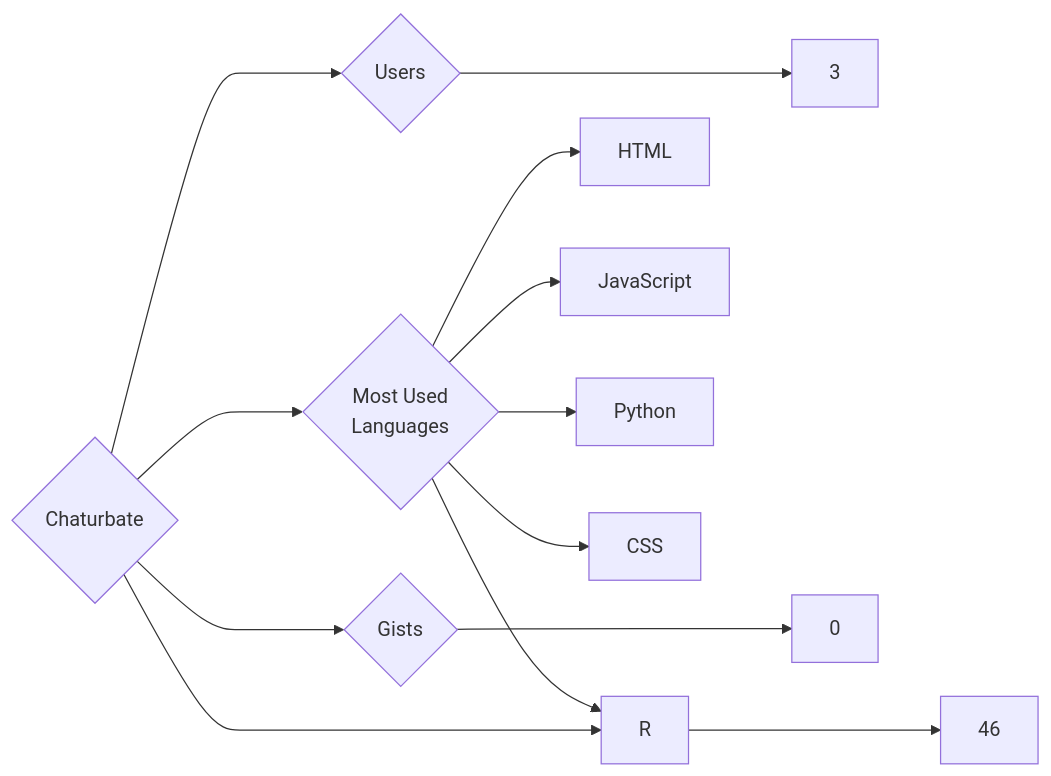
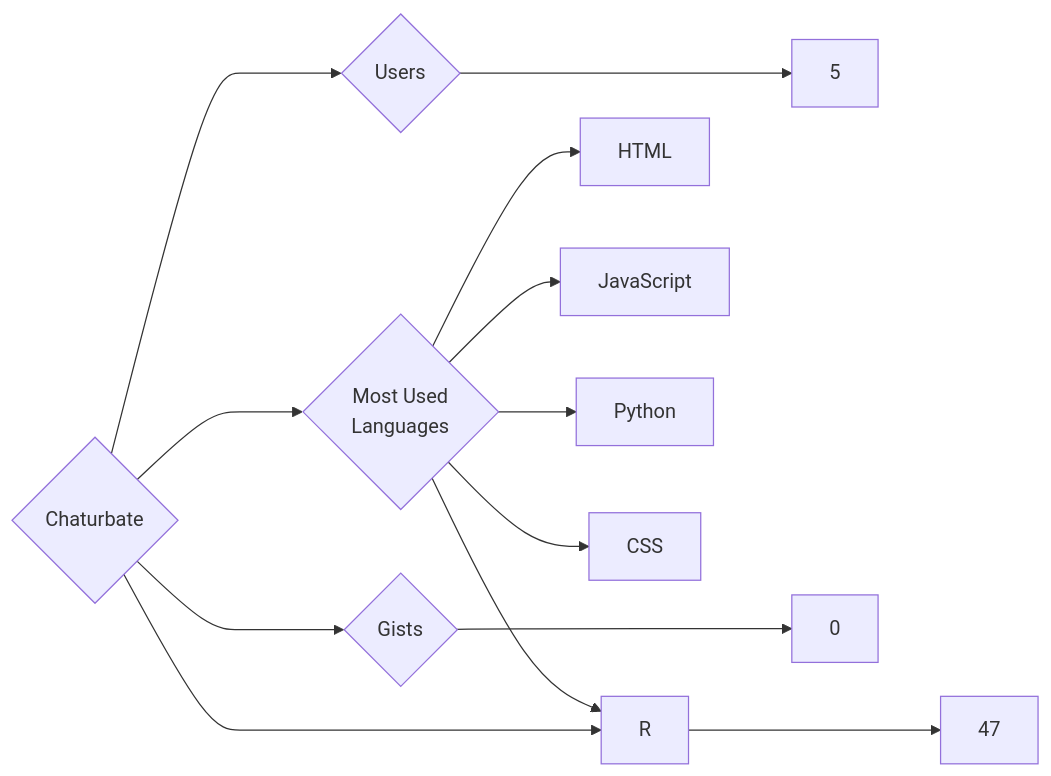
The diagram in targets/Chaturbate/README.md (trickest/insiders), drawn with Mermaid before and after one commit. The commit also changed 895 other files, not shown here.

````diff
--- a/targets/Chaturbate/README.md
+++ b/targets/Chaturbate/README.md
@@ -3,13 +3,13 @@
 ```mermaid
 graph LR
 COMPANY_NAME{Chaturbate}
-COMPANY_NAME ---> U{Users} ---> UN[3]
-COMPANY_NAME ---> R{Repositories} ---> RN[46]
+COMPANY_NAME ---> U{Users} ---> UN[5]
+COMPANY_NAME ---> R{Repositories} ---> RN[47]
 COMPANY_NAME ---> G{Gists} ---> GN[0]
 COMPANY_NAME ---> ML{Most Used<br>Languages}
 ML --> HTML[HTML]
 ML --> JavaScript[JavaScript]
 ML --> Python[Python]
 ML --> CSS[CSS]
 ML --> R[R]
 ```
````
